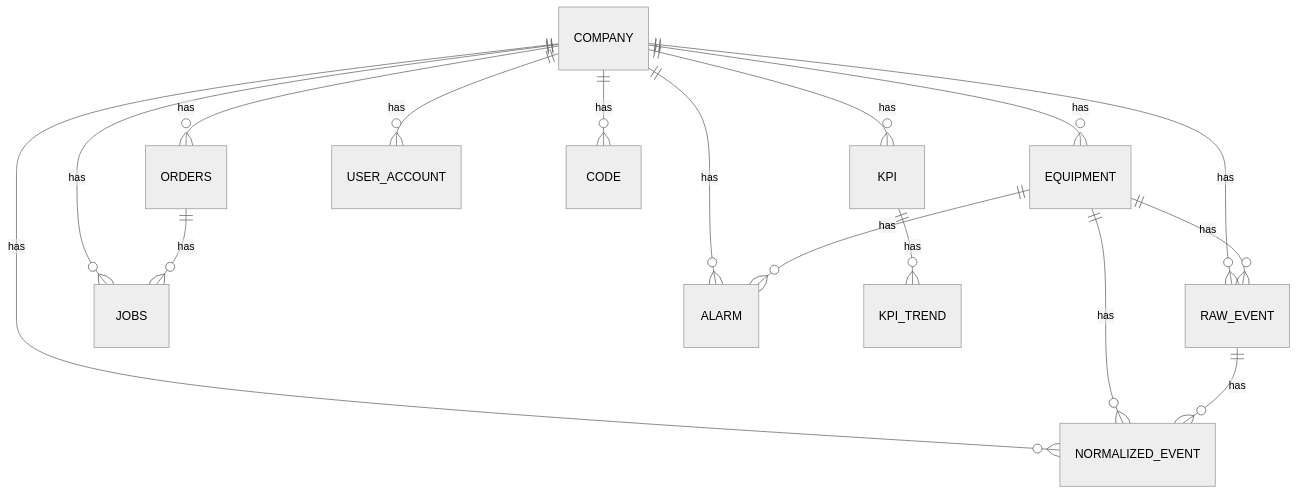
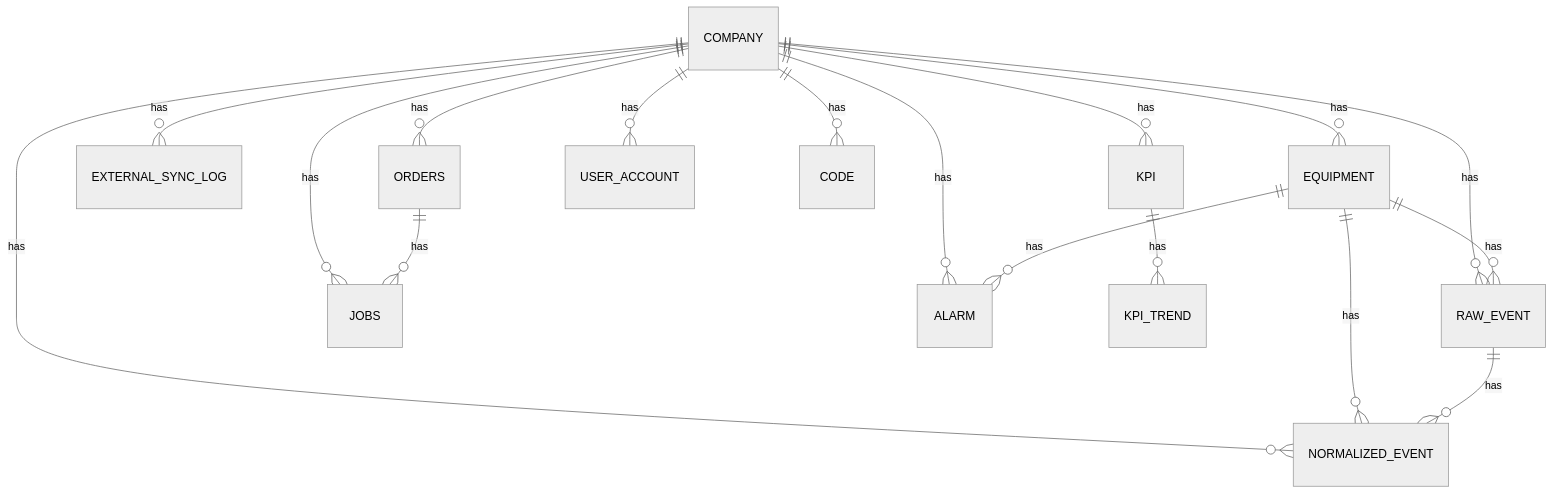
One commit to JikwangHan/MES-Project_eGovFrame changed the diagram in docs/PR-14-ERD-초안.md. Above: the diagram before and after it, drawn with Mermaid (neutral theme). The commit also changed other lines of this file and 6 other files, not shown here.

Commit message:
PR-33 외부기관 연계 이력 테이블 ERD/DDL 반영

````diff
--- a/docs/PR-14-ERD-초안.md
+++ b/docs/PR-14-ERD-초안.md
@@ -8,21 +8,22 @@
 ```mermaid
 erDiagram
     COMPANY ||--o{ EQUIPMENT : has
     COMPANY ||--o{ RAW_EVENT : has
     COMPANY ||--o{ NORMALIZED_EVENT : has
+    COMPANY ||--o{ EXTERNAL_SYNC_LOG : has
     COMPANY ||--o{ KPI : has
     COMPANY ||--o{ ORDERS : has
     COMPANY ||--o{ JOBS : has
     COMPANY ||--o{ ALARM : has
     COMPANY ||--o{ USER_ACCOUNT : has
 
     EQUIPMENT ||--o{ RAW_EVENT : has
     EQUIPMENT ||--o{ NORMALIZED_EVENT : has
     EQUIPMENT ||--o{ ALARM : has
 
     RAW_EVENT ||--o{ NORMALIZED_EVENT : has
     KPI ||--o{ KPI_TREND : has
     ORDERS ||--o{ JOBS : has
 
     COMPANY ||--o{ CODE : has
 ```
````
